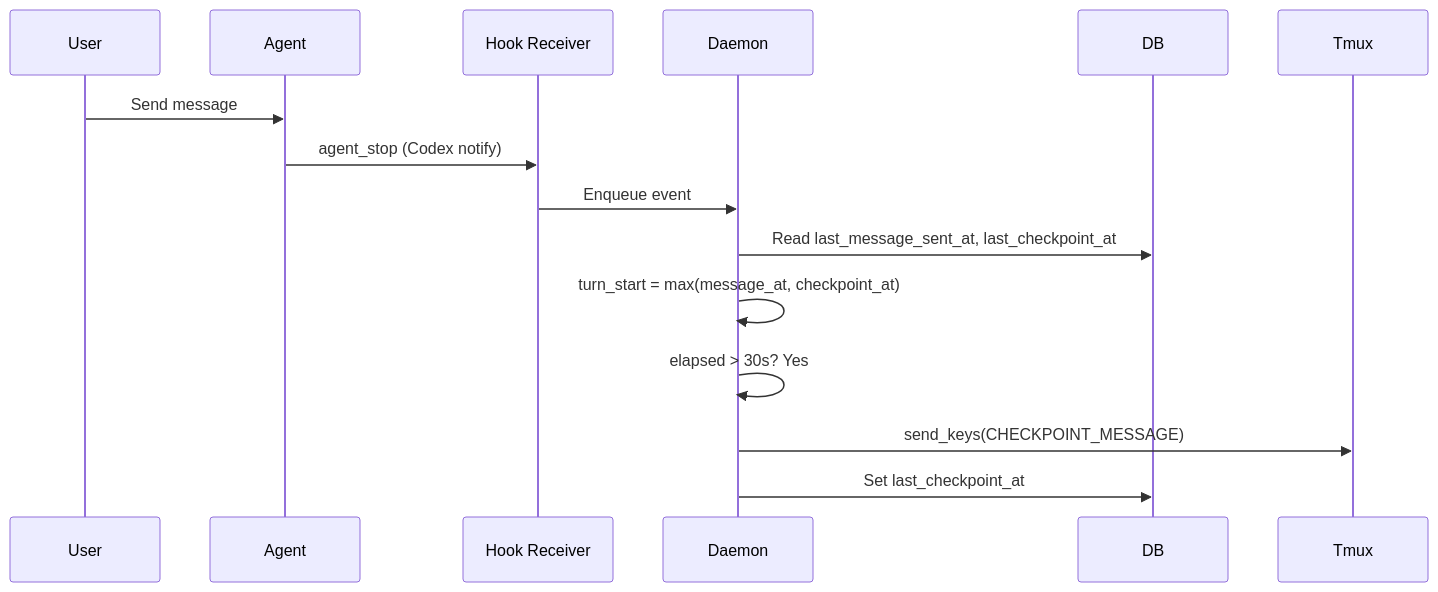
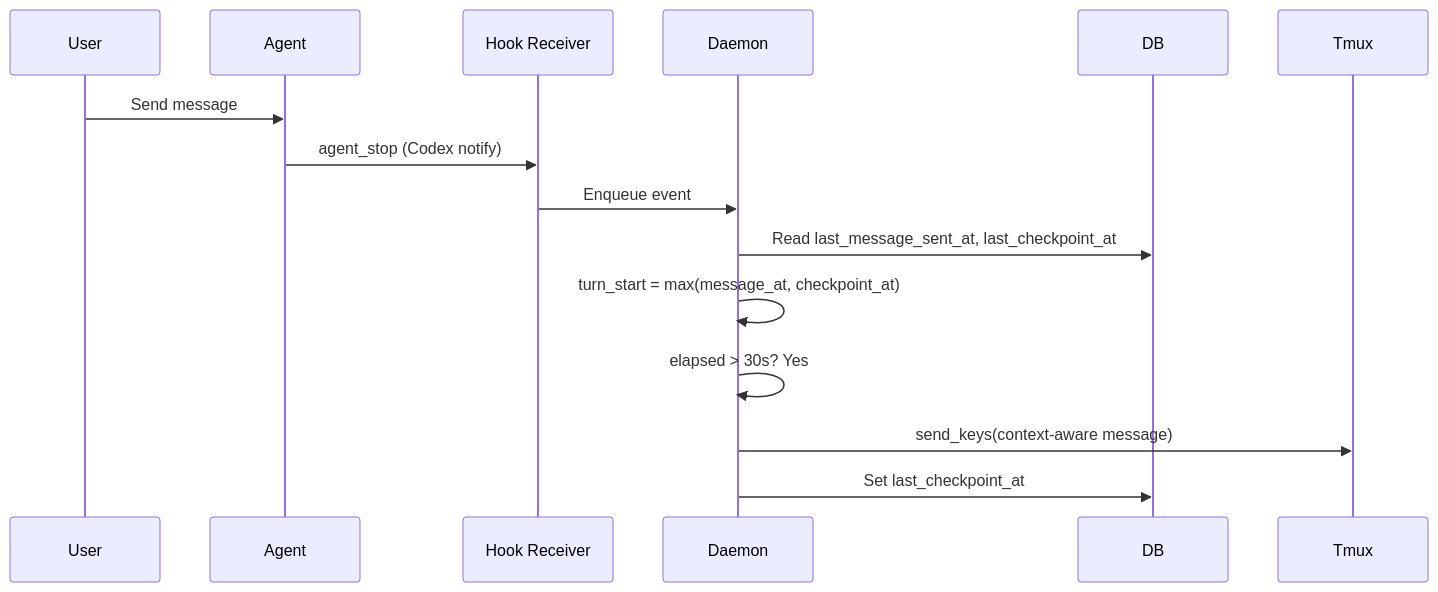
The third of 5 diagrams in docs/project/design/architecture/checkpoint-system.md (InstruktAI/TeleClaude), drawn with Mermaid before and after one commit. The commit also changed other lines of this file, not shown here.

First line of the commit message:
docs(checkpoint): update design doc with Phase 2 context-aware flow

````diff
--- a/docs/project/design/architecture/checkpoint-system.md
+++ b/docs/project/design/architecture/checkpoint-system.md
@@ -89,18 +138,18 @@
 ```mermaid
 sequenceDiagram
     participant User
     participant Agent
     participant Hook as Hook Receiver
     participant Daemon
     participant DB
     participant Tmux
 
     User->>Agent: Send message
     Agent->>Hook: agent_stop (Codex notify)
     Hook->>Daemon: Enqueue event
     Daemon->>DB: Read last_message_sent_at, last_checkpoint_at
     Daemon->>Daemon: turn_start = max(message_at, checkpoint_at)
     Daemon->>Daemon: elapsed > 30s? Yes
-    Daemon->>Tmux: send_keys(CHECKPOINT_MESSAGE)
+    Daemon->>Tmux: send_keys(context-aware message)
     Daemon->>DB: Set last_checkpoint_at
 ```
````
